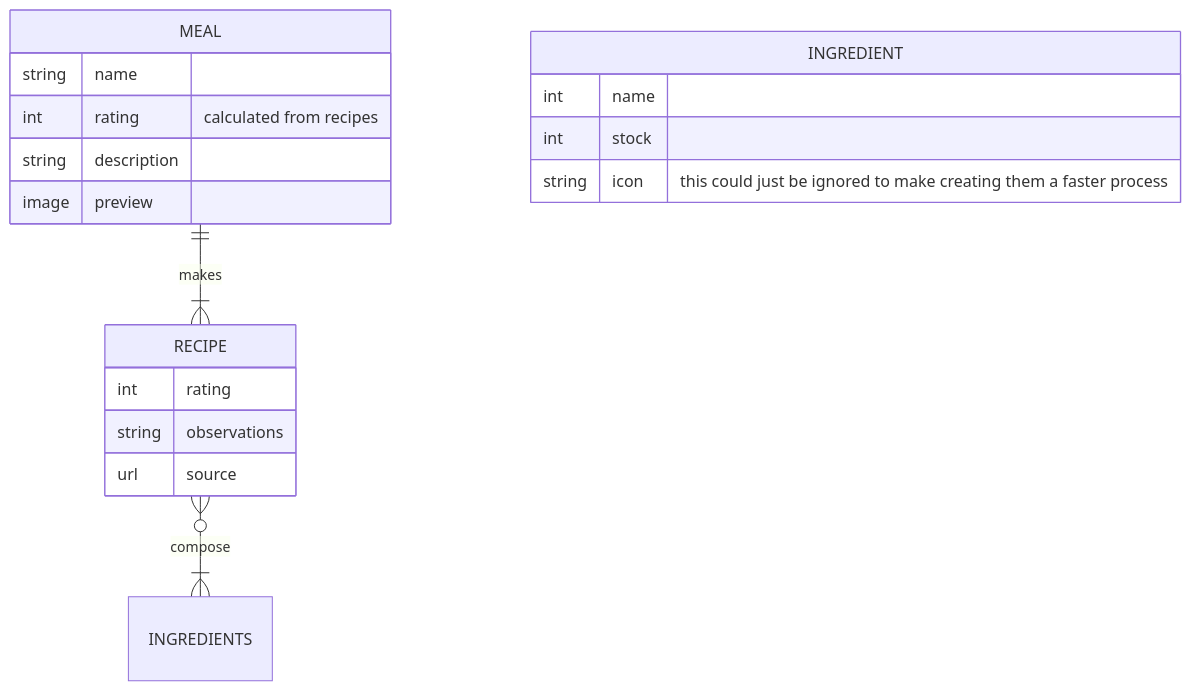
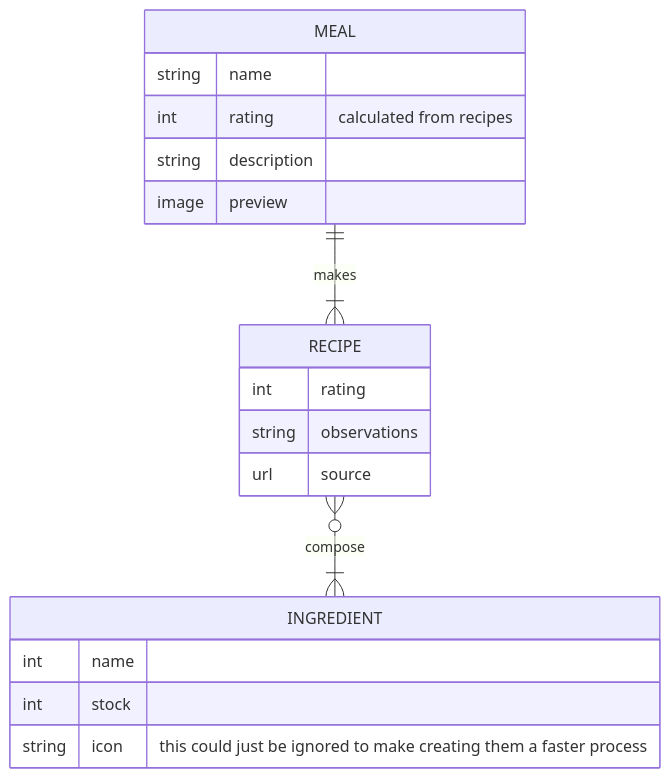
Before and after one commit to mrdarip/notion-recipes: the diagram in docs/ER-graph.md, drawn with Mermaid. The commit also changed 1 other file, not shown here.

Commit message:
implemented meal class

````diff
--- a/docs/ER-graph.md
+++ b/docs/ER-graph.md
@@ -1,24 +1,24 @@
 ```mermaid
 erDiagram
     MEAL 1 to 1+ RECIPE: makes
-    RECIPE 0+ to 1+ INGREDIENTS:compose
+    RECIPE 0+ to 1+ INGREDIENT:compose
 
     MEAL{
         string name
         int rating "calculated from recipes"
         string description
         image preview
     }
 
     RECIPE{
         int rating
         string observations
         url source
     }
 
     INGREDIENT{
         int name
         int stock
         string icon "this could just be ignored to make creating them a faster process"
     }
 ```
````
